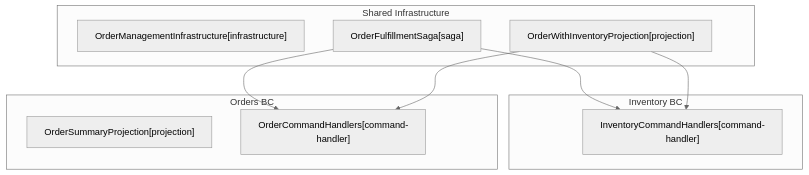
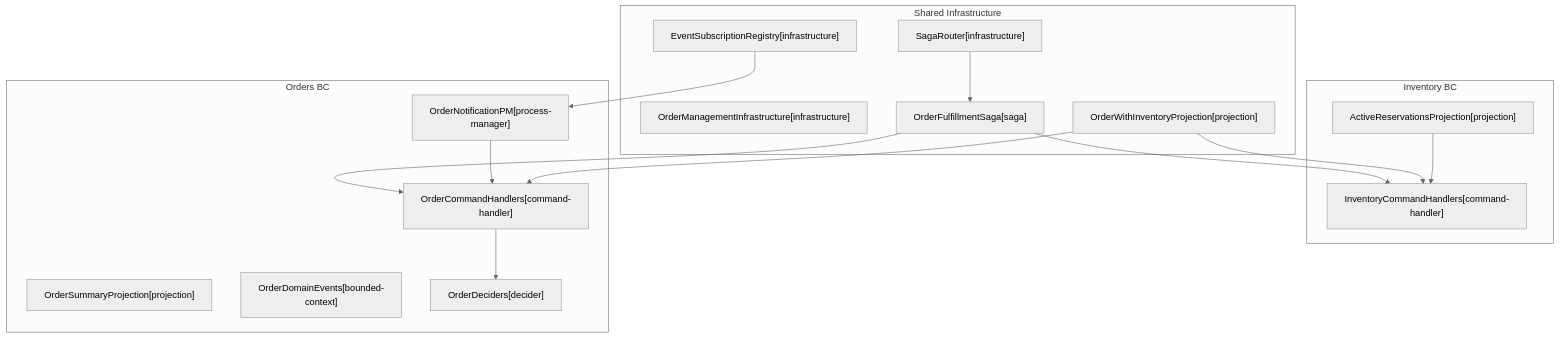
Before and after one commit to libar-dev/libar-platform: the diagram in docs-living/ARCHITECTURE.md, drawn with Mermaid (neutral theme). The commit also changed other lines of this file and 6 other files, not shown here.

First line of the commit message:
add architecture annotations to 6 sample files (6→12 components)

````diff
--- a/docs-living/ARCHITECTURE.md
+++ b/docs-living/ARCHITECTURE.md
@@ -24,19 +24,30 @@
 ```mermaid
 graph TB
     subgraph inventory["Inventory BC"]
+        ActiveReservationsProjection["ActiveReservationsProjection[projection]"]
         InventoryCommandHandlers["InventoryCommandHandlers[command-handler]"]
     end
     subgraph orders["Orders BC"]
+        OrderNotificationPM["OrderNotificationPM[process-manager]"]
         OrderSummaryProjection["OrderSummaryProjection[projection]"]
         OrderCommandHandlers["OrderCommandHandlers[command-handler]"]
+        OrderDomainEvents["OrderDomainEvents[bounded-context]"]
+        OrderDeciders["OrderDeciders[decider]"]
     end
     subgraph shared["Shared Infrastructure"]
         OrderManagementInfrastructure["OrderManagementInfrastructure[infrastructure]"]
+        EventSubscriptionRegistry["EventSubscriptionRegistry[infrastructure]"]
+        SagaRouter["SagaRouter[infrastructure]"]
         OrderFulfillmentSaga["OrderFulfillmentSaga[saga]"]
         OrderWithInventoryProjection["OrderWithInventoryProjection[projection]"]
     end
+    EventSubscriptionRegistry --> OrderNotificationPM
+    SagaRouter --> OrderFulfillmentSaga
     OrderFulfillmentSaga --> OrderCommandHandlers
     OrderFulfillmentSaga --> InventoryCommandHandlers
+    OrderNotificationPM --> OrderCommandHandlers
     OrderWithInventoryProjection --> OrderCommandHandlers
     OrderWithInventoryProjection --> InventoryCommandHandlers
+    ActiveReservationsProjection --> InventoryCommandHandlers
+    OrderCommandHandlers --> OrderDeciders
 ```
````
